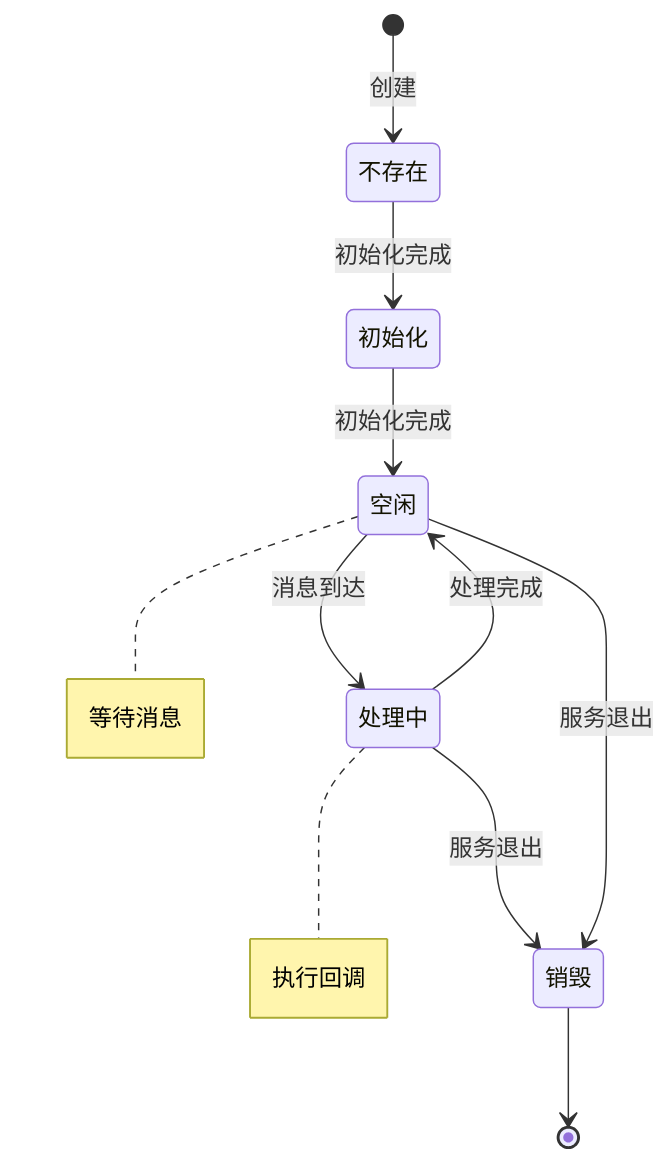
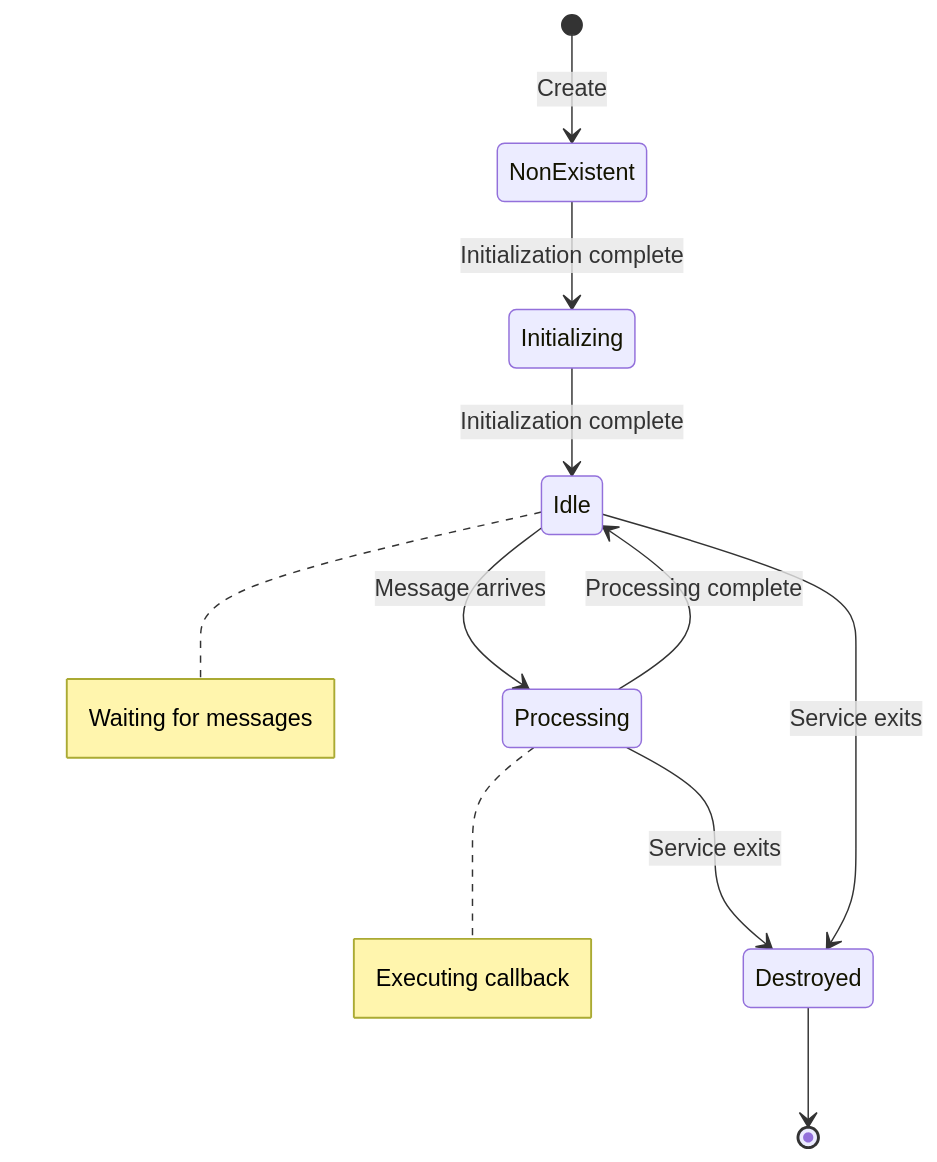
Before and after one commit to cuihairu/skynet: the seventh of 7 diagrams in docs/architecture/overview.md, drawn with Mermaid. The commit also changed other lines of this file and 86 other files, not shown here.

````diff
--- a/docs/architecture/overview.md
+++ b/docs/architecture/overview.md
@@ -282,14 +282,14 @@
 ```mermaid
 stateDiagram-v2
-    [*] --> 不存在: 创建
-    不存在 --> 初始化: 初始化完成
-    初始化 --> 空闲: 初始化完成
-    空闲 --> 处理中: 消息到达
-    处理中 --> 空闲: 处理完成
-    处理中 --> 销毁: 服务退出
-    空闲 --> 销毁: 服务退出
-    销毁 --> [*]
+    [*] --> NonExistent: Create
+    NonExistent --> Initializing: Initialization complete
+    Initializing --> Idle: Initialization complete
+    Idle --> Processing: Message arrives
+    Processing --> Idle: Processing complete
+    Processing --> Destroyed: Service exits
+    Idle --> Destroyed: Service exits
+    Destroyed --> [*]
     
-    note right of 空闲: 等待消息
-    note right of 处理中: 执行回调
+    note right of Idle: Waiting for messages
+    note right of Processing: Executing callback
 ```
````
